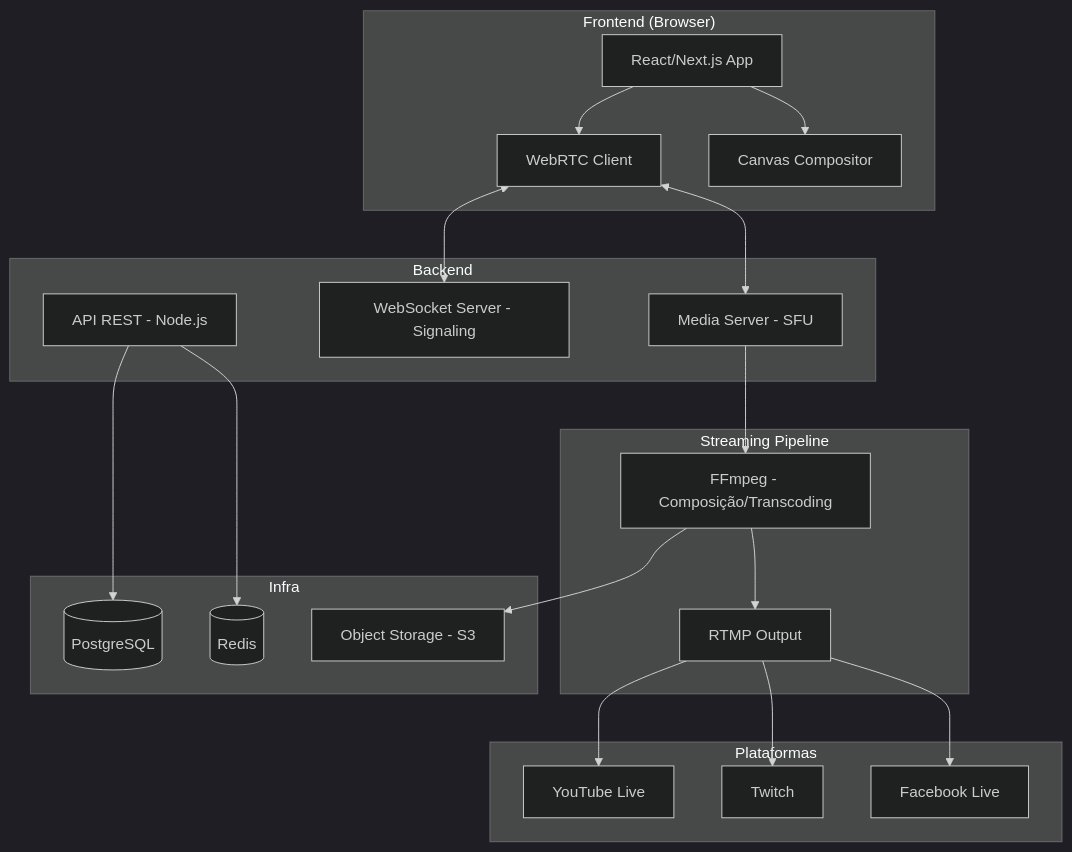
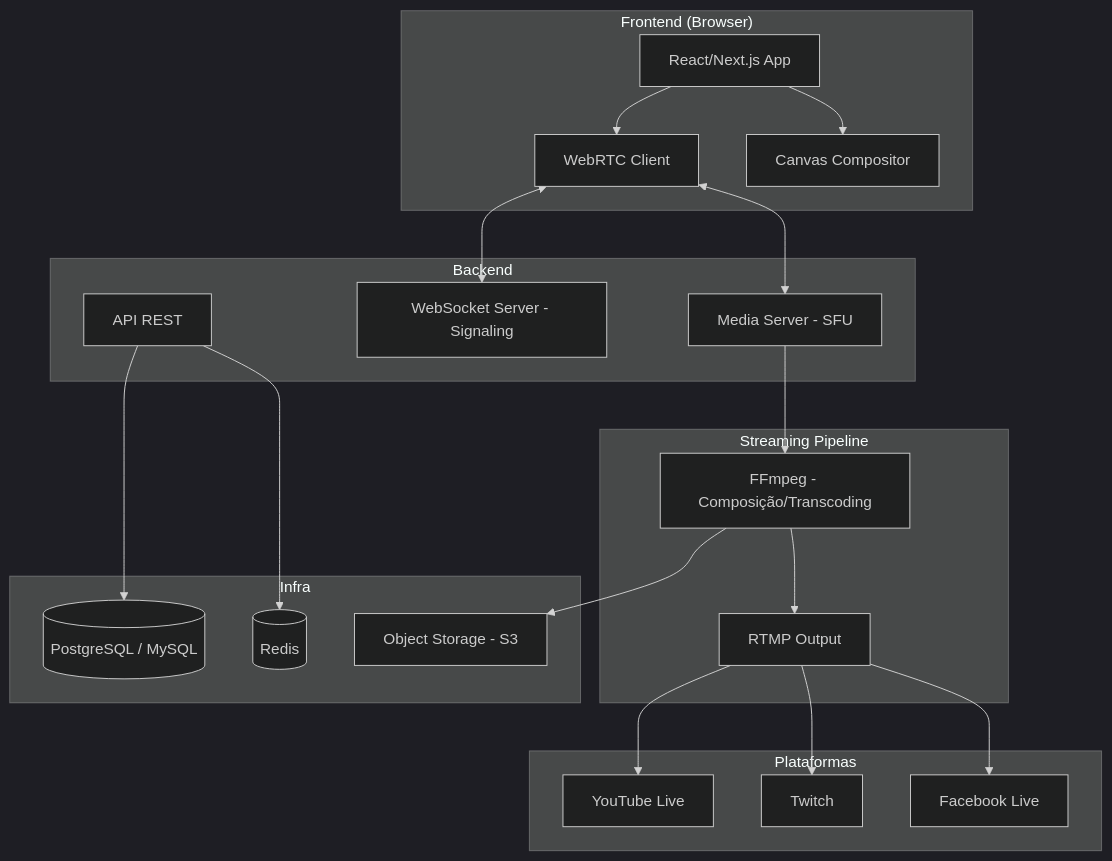
One commit to Lucas-Wesley/streamyard-clone-backend changed the first of 3 diagrams in roadmap.md. Above: the diagram before and after it, drawn with Mermaid (dark theme). The commit also changed other lines of this file and 11 other files, not shown here.

````diff
--- a/roadmap.md
+++ b/roadmap.md
@@ -18,44 +18,44 @@
 ```mermaid
 graph TB
     subgraph "Frontend (Browser)"
         A[React/Next.js App]
         B[WebRTC Client]
         C[Canvas Compositor]
     end
 
     subgraph "Backend"
-        D[API REST - Node.js]
+        D[API REST]
         E[WebSocket Server - Signaling]
         F[Media Server - SFU]
     end
 
     subgraph "Streaming Pipeline"
         G[FFmpeg - Composição/Transcoding]
         H[RTMP Output]
     end
 
     subgraph "Plataformas"
         I[YouTube Live]
         J[Twitch]
         K[Facebook Live]
     end
 
     subgraph "Infra"
-        L[(PostgreSQL)]
+        L[(PostgreSQL / MySQL)]
         M[(Redis)]
         N[Object Storage - S3]
     end
 
     A --> B
     A --> C
     B <--> E
     B <--> F
     F --> G
     G --> H
     H --> I
     H --> J
     H --> K
     D --> L
     D --> M
     G --> N
 ```
````
